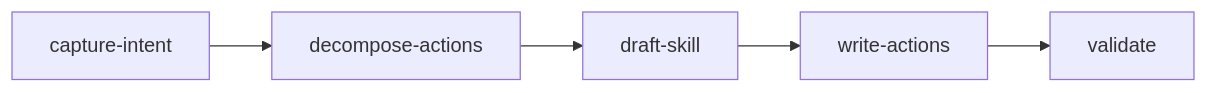
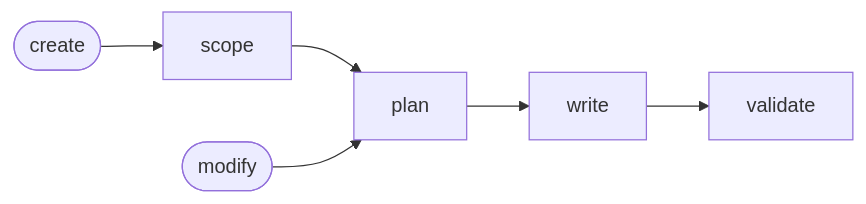
Before and after one commit to ai-driven-dev/framework: the diagram in plugins/aidd-context/skills/04-skill-generate/SKILL.md, drawn with Mermaid. The commit also changed other lines of this file and 20 other files, not shown here.

Commit message:
refactor(aidd-context): lighten skill-generate flow

````diff
--- a/plugins/aidd-context/skills/04-skill-generate/SKILL.md
+++ b/plugins/aidd-context/skills/04-skill-generate/SKILL.md
@@ -11,4 +9,5 @@
 ```mermaid
 flowchart LR
-  capture-intent --> decompose-actions --> draft-skill --> write-actions --> validate
+  new([create]) --> scope --> plan --> write --> validate
+  edit([modify]) --> plan
 ```
````
